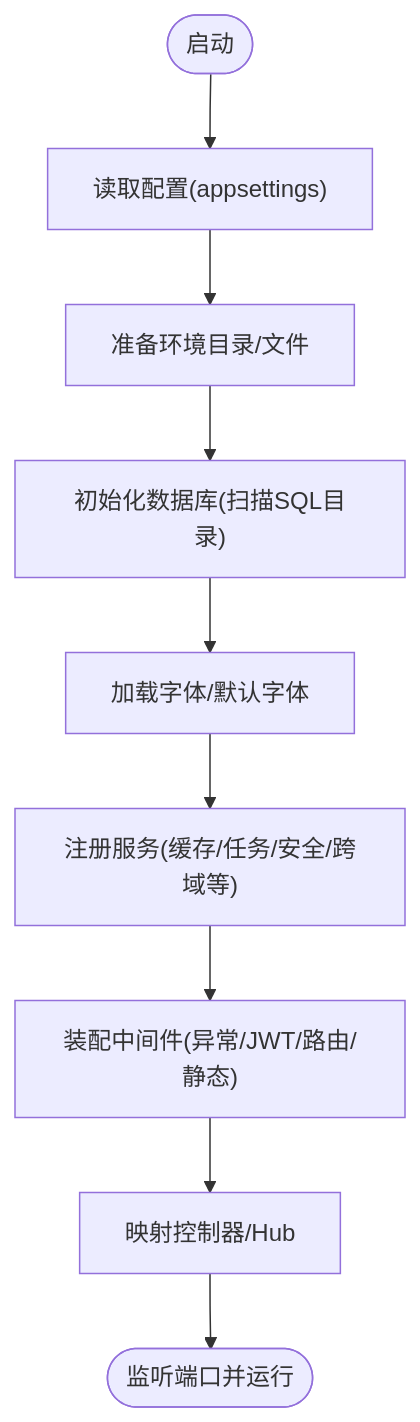
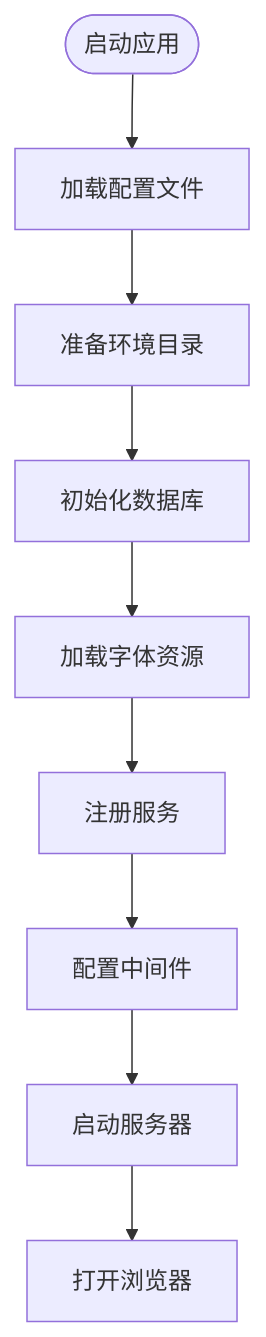
Before and after one commit to leadiot/Scm.Net: the first of 3 diagrams in .qoder/repowiki/zh/content/快速开始.md, drawn with Mermaid. The commit also changed other lines of this file and 126 other files, not shown here.

````diff
--- a/.qoder/repowiki/zh/content/快速开始.md
+++ b/.qoder/repowiki/zh/content/快速开始.md
@@ -167,11 +172,11 @@
 ```mermaid
 flowchart TD
-Start(["启动"]) --> LoadCfg["读取配置(appsettings)"]
-LoadCfg --> PrepareEnv["准备环境目录/文件"]
-PrepareEnv --> InitDB["初始化数据库(扫描SQL目录)"]
-InitDB --> LoadFonts["加载字体/默认字体"]
-LoadFonts --> RegisterServices["注册服务(缓存/任务/安全/跨域等)"]
-RegisterServices --> Middlewares["装配中间件(异常/JWT/路由/静态)"]
-Middlewares --> MapRoutes["映射控制器/Hub"]
-MapRoutes --> Run(["监听端口并运行"])
+Start(["启动应用"]) --> LoadConfig["加载配置文件"]
+LoadConfig --> PrepareEnv["准备环境目录"]
+PrepareEnv --> InitDB["初始化数据库"]
+InitDB --> LoadFonts["加载字体资源"]
+LoadFonts --> RegisterServices["注册服务"]
+RegisterServices --> SetupMiddleware["配置中间件"]
+SetupMiddleware --> StartServer["启动服务器"]
+StartServer --> OpenBrowser["打开浏览器"]
 ```
````
